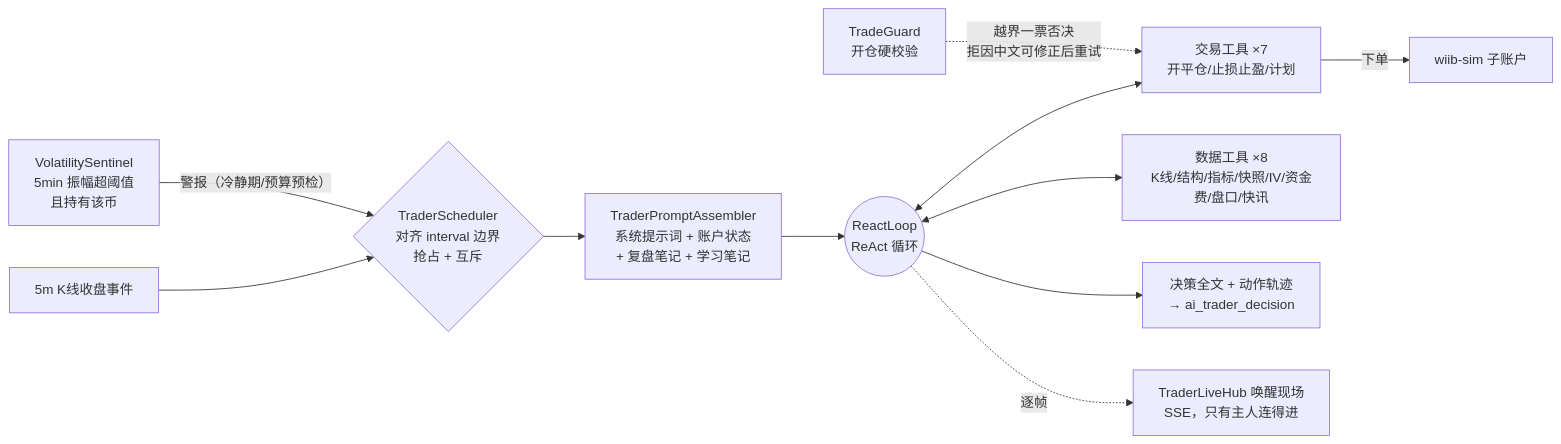
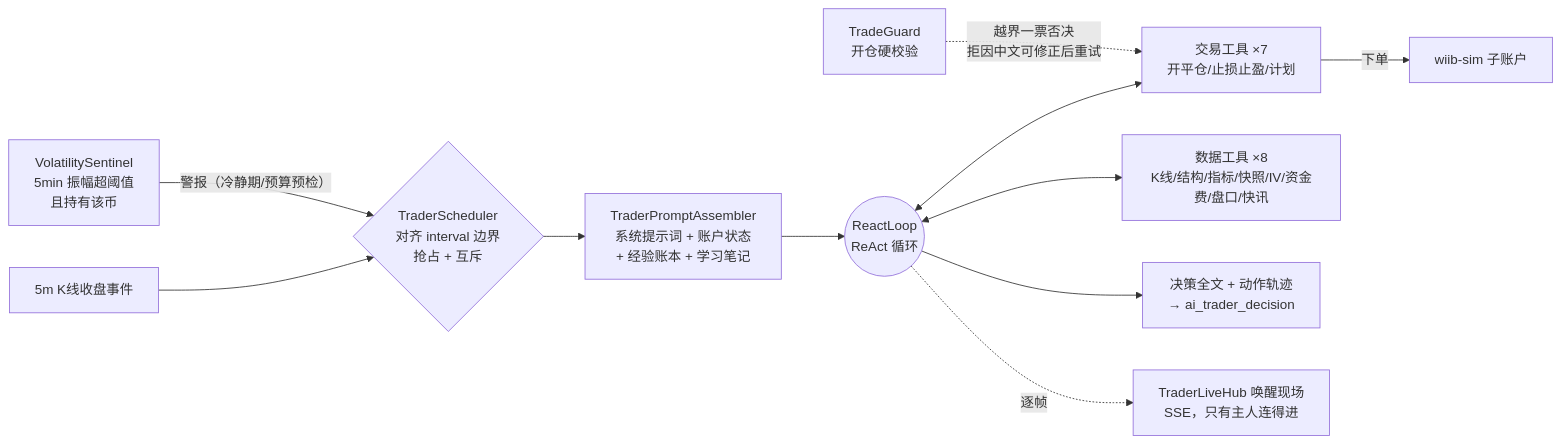
The second of 6 diagrams in docs/agent-harness/architecture.md (mamawai/wtfibought), drawn with Mermaid before and after one commit. The commit also changed other lines of this file and 50 other files, not shown here.

````diff
--- a/docs/agent-harness/architecture.md
+++ b/docs/agent-harness/architecture.md
@@ -54,13 +54,13 @@
 ```mermaid
 flowchart LR
     CLK["5m K线收盘事件"] --> SCH{"TraderScheduler<br/>对齐 interval 边界<br/>抢占 + 互斥"}
     SEN["VolatilitySentinel<br/>5min 振幅超阈值<br/>且持有该币"] -->|"警报（冷静期/预算预检）"| SCH
-    SCH --> PA["TraderPromptAssembler<br/>系统提示词 + 账户状态<br/>+ 复盘笔记 + 学习笔记"]
+    SCH --> PA["TraderPromptAssembler<br/>系统提示词 + 账户状态<br/>+ 经验账本 + 学习笔记"]
     PA --> RA(("ReactLoop<br/>ReAct 循环"))
     RA <--> T1["交易工具 ×7<br/>开平仓/止损止盈/计划"]
     RA <--> T2["数据工具 ×8<br/>K线/结构/指标/快照/IV/资金费/盘口/快讯"]
     RA --> OUT["决策全文 + 动作轨迹<br/>→ ai_trader_decision"]
     RA -.->|"逐帧"| HUB["TraderLiveHub 唤醒现场<br/>SSE，只有主人连得进"]
     GUARD["TradeGuard<br/>开仓硬校验"] -.->|"越界一票否决<br/>拒因中文可修正后重试"| T1
     T1 -->|"下单"| SIMX["wiib-sim 子账户"]
 ```
````
